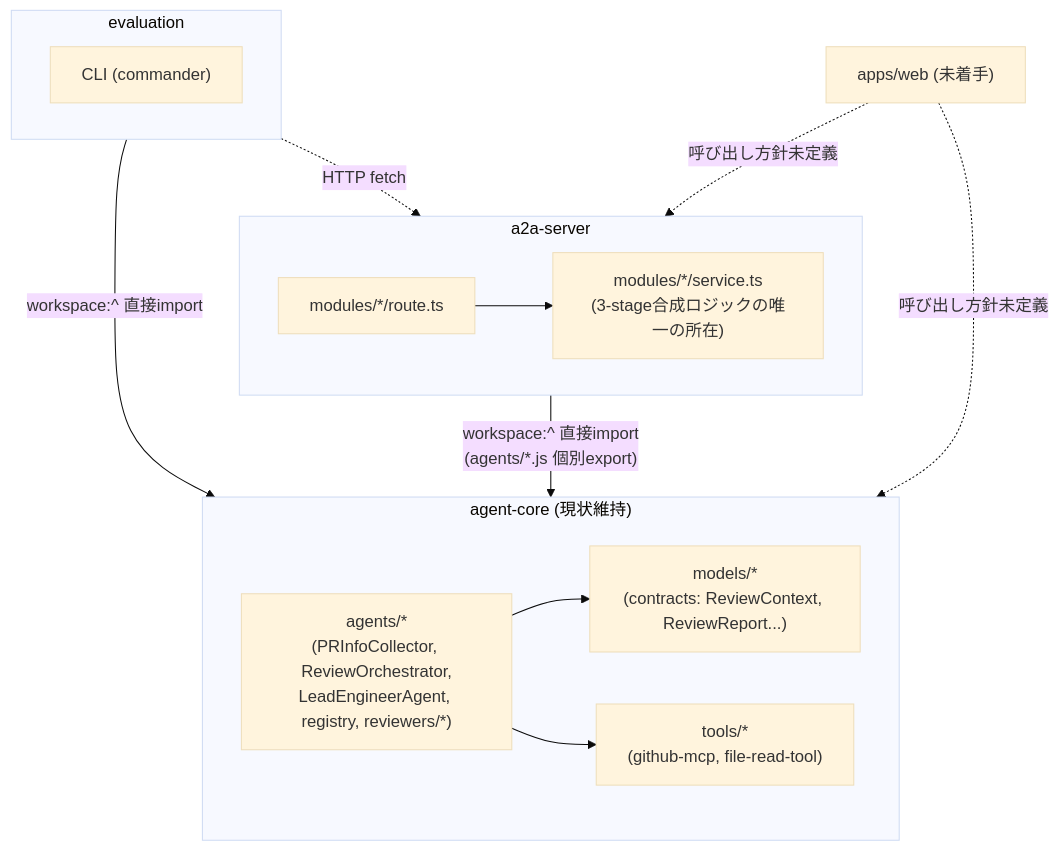
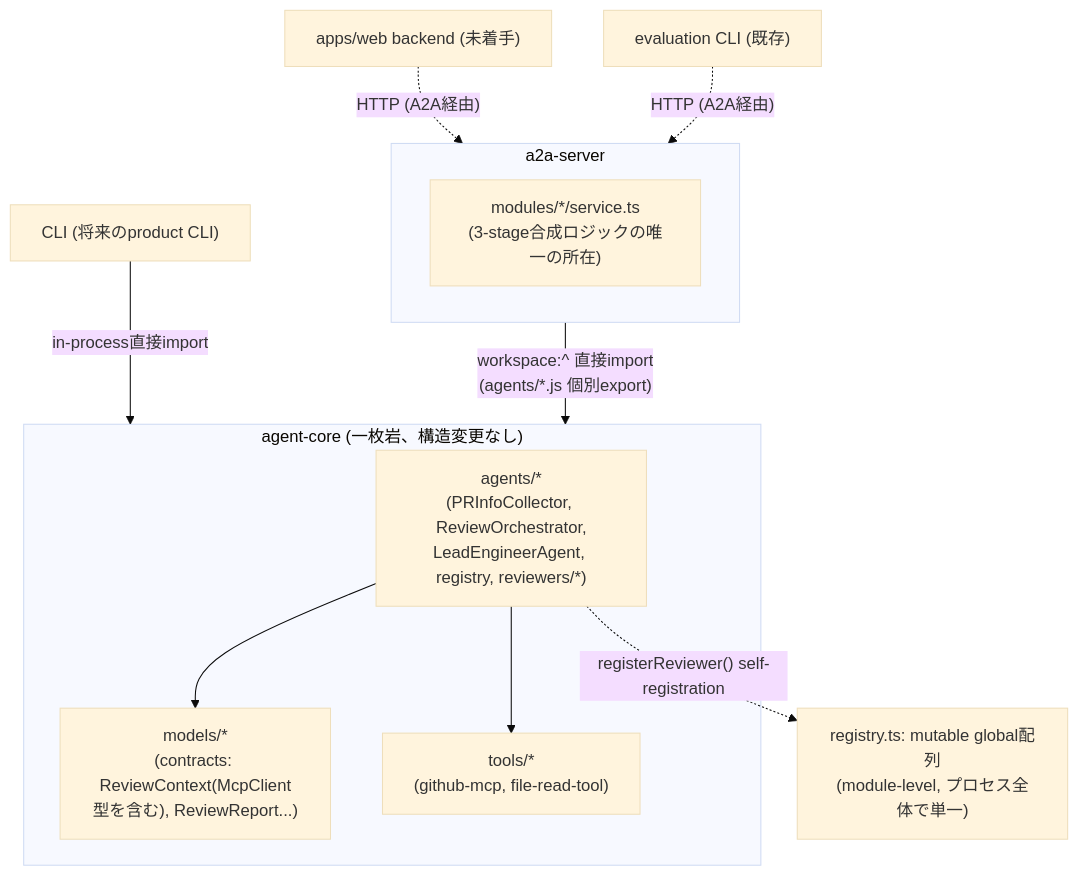
Before and after one commit to kuju63/code-review-agents: the first of 6 diagrams in docs/adr/0008-core-extension-boundaries.md, drawn with Mermaid (base theme). The commit also changed other lines of this file, not shown here.

First line of the commit message:
docs(adr): restructure ADR-0008 options to whole-ADR level (#346)

````diff
--- a/docs/adr/0008-core-extension-boundaries.md
+++ b/docs/adr/0008-core-extension-boundaries.md
@@ -158,23 +167,19 @@
 ```mermaid
 flowchart TB
-    subgraph AC["agent-core (現状維持)"]
+    subgraph AC["agent-core (一枚岩、構造変更なし)"]
         AGENTS["agents/*<br/>(PRInfoCollector, ReviewOrchestrator,<br/>LeadEngineerAgent, registry, reviewers/*)"]
-        MODELS["models/*<br/>(contracts: ReviewContext, ReviewReport...)"]
+        MODELS["models/*<br/>(contracts: ReviewContext(McpClient型を含む), ReviewReport...)"]
         TOOLS["tools/*<br/>(github-mcp, file-read-tool)"]
         AGENTS --> MODELS
         AGENTS --> TOOLS
     end
     subgraph A2A["a2a-server"]
-        ROUTES["modules/*/route.ts"]
         SERVICES["modules/*/service.ts<br/>(3-stage合成ロジックの唯一の所在)"]
-        ROUTES --> SERVICES
     end
-    subgraph EVAL["evaluation"]
-        CLI["CLI (commander)"]
-    end
+    CLI["CLI (将来のproduct CLI)"] -->|"in-process直接import"| AC
     A2A -->|"workspace:^ 直接import<br/>(agents/*.js 個別export)"| AC
-    EVAL -->|"workspace:^ 直接import"| AC
-    EVAL -.->|"HTTP fetch"| A2A
-    WEBUI["apps/web (未着手)"] -.->|"呼び出し方針未定義"| A2A
-    WEBUI -.->|"呼び出し方針未定義"| AC
+    WEBBACK["apps/web backend (未着手)"] -.->|"HTTP (A2A経由)"| A2A
+    EVALCLI["evaluation CLI (既存)"] -.->|"HTTP (A2A経由)"| A2A
+    REGISTRY["registry.ts: mutable global配列<br/>(module-level, プロセス全体で単一)"]
+    AGENTS -.->|"registerReviewer() self-registration"| REGISTRY
 ```
````
